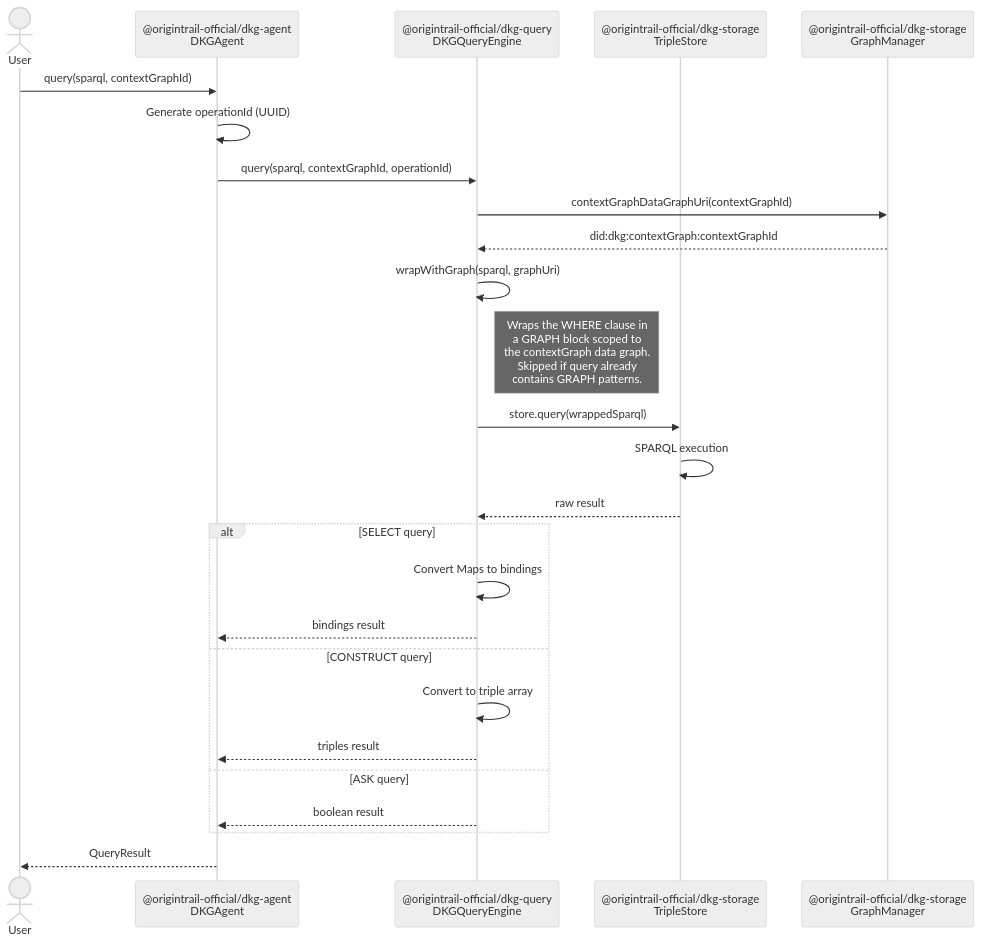
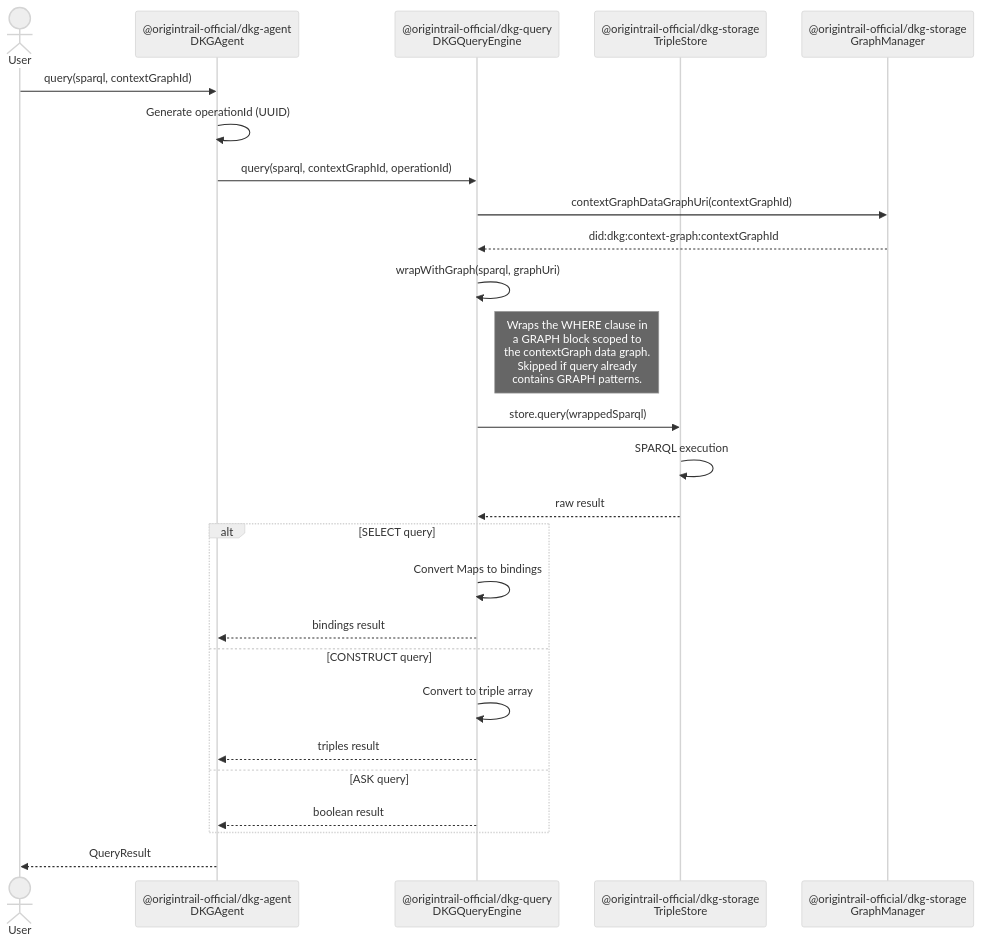
The first of 4 diagrams in docs/diagrams/query-flow.md (KilianTrunk/dkg), drawn with Mermaid (neutral theme) before and after one commit. The commit also changed other lines of this file and 44 other files, not shown here.

Commit message:
fix: align context graph protocol cleanup

````diff
--- a/docs/diagrams/query-flow.md
+++ b/docs/diagrams/query-flow.md
@@ -15,34 +15,34 @@
 ```mermaid
 sequenceDiagram
     actor User
     participant Agent as @origintrail-official/dkg-agent<br/>DKGAgent
     participant QueryEngine as @origintrail-official/dkg-query<br/>DKGQueryEngine
     participant Store as @origintrail-official/dkg-storage<br/>TripleStore
     participant GraphMgr as @origintrail-official/dkg-storage<br/>GraphManager
 
     User ->> Agent: query(sparql, contextGraphId)
     Agent ->> Agent: Generate operationId (UUID)
     Agent ->> QueryEngine: query(sparql, contextGraphId, operationId)
 
     QueryEngine ->> GraphMgr: contextGraphDataGraphUri(contextGraphId)
-    GraphMgr -->> QueryEngine: did:dkg:contextGraph:contextGraphId
+    GraphMgr -->> QueryEngine: did:dkg:context-graph:contextGraphId
 
     QueryEngine ->> QueryEngine: wrapWithGraph(sparql, graphUri)
     Note right of QueryEngine: Wraps the WHERE clause in<br/>a GRAPH block scoped to<br/>the contextGraph data graph.<br/>Skipped if query already<br/>contains GRAPH patterns.
 
     QueryEngine ->> Store: store.query(wrappedSparql)
     Store ->> Store: SPARQL execution
     Store -->> QueryEngine: raw result
 
     alt SELECT query
         QueryEngine ->> QueryEngine: Convert Maps to bindings
         QueryEngine -->> Agent: bindings result
     else CONSTRUCT query
         QueryEngine ->> QueryEngine: Convert to triple array
         QueryEngine -->> Agent: triples result
     else ASK query
         QueryEngine -->> Agent: boolean result
     end
 
     Agent -->> User: QueryResult
 ```
````
